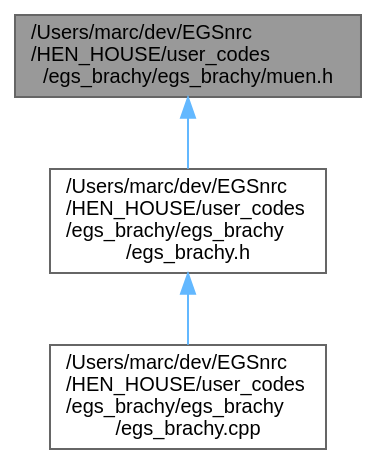
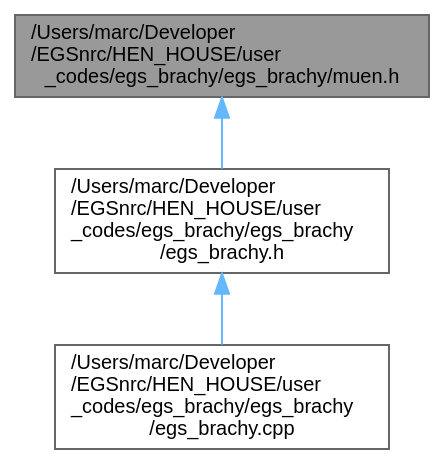
Before and after one commit to clrp-code/egs_brachy: the diagram in docs/muen_8h__dep__incl.dot, drawn with Graphviz. The commit also changed 696 other files, not shown here.

```diff
--- a/docs/muen_8h__dep__incl.dot
+++ b/docs/muen_8h__dep__incl.dot
@@ -1,12 +1,12 @@
-digraph "/Users/marc/dev/EGSnrc/HEN_HOUSE/user_codes/egs_brachy/egs_brachy/muen.h"
+digraph "/Users/marc/Developer/EGSnrc/HEN_HOUSE/user_codes/egs_brachy/egs_brachy/muen.h"
 {
  // LATEX_PDF_SIZE
   bgcolor="transparent";
   edge [fontname=Helvetica,fontsize=10,labelfontname=Helvetica,labelfontsize=10];
   node [fontname=Helvetica,fontsize=10,shape=box,height=0.2,width=0.4];
-  Node1 [label="/Users/marc/dev/EGSnrc\l/HEN_HOUSE/user_codes\l/egs_brachy/egs_brachy/muen.h",height=0.2,width=0.4,color="gray40", fillcolor="grey60", style="filled", fontcolor="black",tooltip="Functions for loading muen data from a file."];
-  Node1 -> Node2 [dir="back",color="steelblue1",style="solid"];
-  Node2 [label="/Users/marc/dev/EGSnrc\l/HEN_HOUSE/user_codes\l/egs_brachy/egs_brachy\l/egs_brachy.h",height=0.2,width=0.4,color="grey40", fillcolor="white", style="filled",URL="$egs__brachy_8h.html",tooltip="the main egs_brachy application header file"];
-  Node2 -> Node3 [dir="back",color="steelblue1",style="solid"];
-  Node3 [label="/Users/marc/dev/EGSnrc\l/HEN_HOUSE/user_codes\l/egs_brachy/egs_brachy\l/egs_brachy.cpp",height=0.2,width=0.4,color="grey40", fillcolor="white", style="filled",URL="$egs__brachy_8cpp.html",tooltip="the main egs_brachy application implementation file"];
+  Node1 [id="Node000001",label="/Users/marc/Developer\l/EGSnrc/HEN_HOUSE/user\l_codes/egs_brachy/egs_brachy/muen.h",height=0.2,width=0.4,color="gray40", fillcolor="grey60", style="filled", fontcolor="black",tooltip="Functions for loading muen data from a file."];
+  Node1 -> Node2 [id="edge1_Node000001_Node000002",dir="back",color="steelblue1",style="solid",tooltip=" "];
+  Node2 [id="Node000002",label="/Users/marc/Developer\l/EGSnrc/HEN_HOUSE/user\l_codes/egs_brachy/egs_brachy\l/egs_brachy.h",height=0.2,width=0.4,color="grey40", fillcolor="white", style="filled",URL="$egs__brachy_8h.html",tooltip="the main egs_brachy application header file"];
+  Node2 -> Node3 [id="edge2_Node000002_Node000003",dir="back",color="steelblue1",style="solid",tooltip=" "];
+  Node3 [id="Node000003",label="/Users/marc/Developer\l/EGSnrc/HEN_HOUSE/user\l_codes/egs_brachy/egs_brachy\l/egs_brachy.cpp",height=0.2,width=0.4,color="grey40", fillcolor="white", style="filled",URL="$egs__brachy_8cpp.html",tooltip="the main egs_brachy application implementation file"];
 }
```
